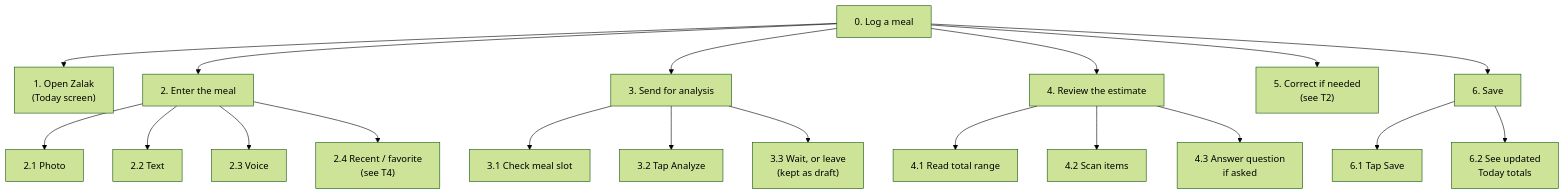
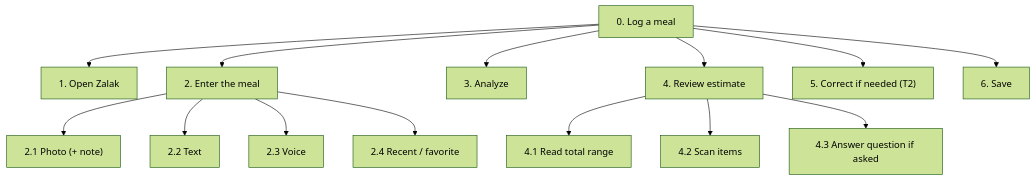
The first of 2 diagrams in docs/03-task-analysis.md (vnikiforovski/hci-calorie-app), drawn with Mermaid (forest theme) before and after one commit. The commit also changed other lines of this file and 113 other files, not shown here.

````diff
--- a/docs/03-task-analysis.md
+++ b/docs/03-task-analysis.md
@@ -55,21 +26,16 @@
 ```mermaid
 flowchart TD
-    T0["0. Log a meal"] --> A["1. Open Zalak<br/>(Today screen)"]
+    T0["0. Log a meal"] --> A["1. Open Zalak"]
     T0 --> B["2. Enter the meal"]
-    T0 --> C["3. Send for analysis"]
-    T0 --> D["4. Review the estimate"]
-    T0 --> E["5. Correct if needed<br/>(see T2)"]
+    T0 --> C["3. Analyze"]
+    T0 --> D["4. Review estimate"]
+    T0 --> E["5. Correct if needed (T2)"]
     T0 --> F["6. Save"]
-    B --> B1["2.1 Photo"]
+    B --> B1["2.1 Photo (+ note)"]
     B --> B2["2.2 Text"]
     B --> B3["2.3 Voice"]
-    B --> B4["2.4 Recent / favorite<br/>(see T4)"]
-    C --> C1["3.1 Check meal slot"]
-    C --> C2["3.2 Tap Analyze"]
-    C --> C3["3.3 Wait, or leave<br/>(kept as draft)"]
+    B --> B4["2.4 Recent / favorite"]
     D --> D1["4.1 Read total range"]
     D --> D2["4.2 Scan items"]
-    D --> D3["4.3 Answer question<br/>if asked"]
-    F --> F1["6.1 Tap Save"]
-    F --> F2["6.2 See updated<br/>Today totals"]
+    D --> D3["4.3 Answer question if asked"]
 ```
````
